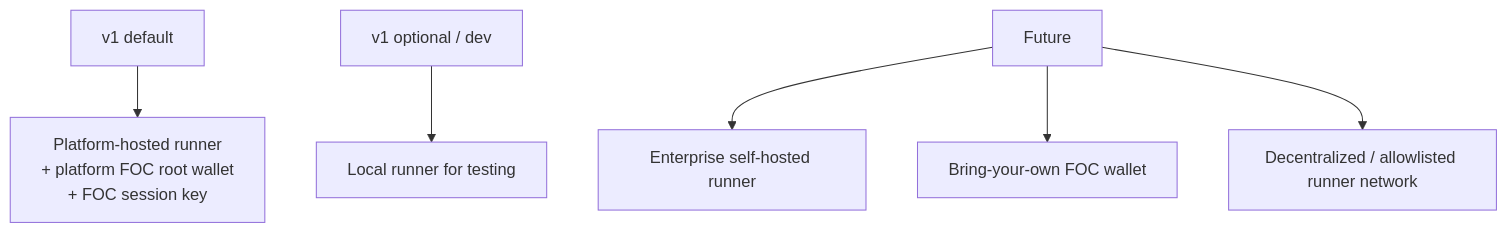
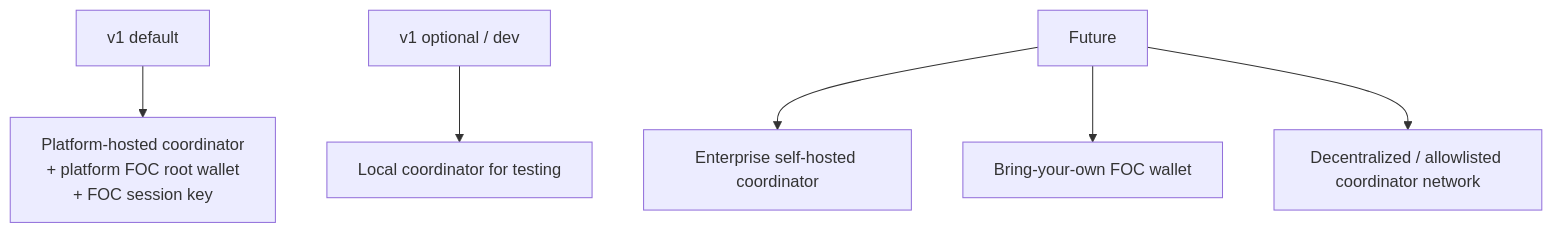
Diagram 14 of 20 in spec.md (FIL-Builders/foc-platform), drawn with Mermaid before and after one commit. The commit also changed other lines of this file, not shown here.

Commit message:
Replace runner terminology with coordinator

````diff
--- a/spec.md
+++ b/spec.md
@@ -1101,8 +1101,8 @@
 ```mermaid
 flowchart TD
-  default["v1 default"] --> defaultStack["Platform-hosted runner<br/>+ platform FOC root wallet<br/>+ FOC session key"]
-  dev["v1 optional / dev"] --> local["Local runner for testing"]
-  future["Future"] --> enterprise["Enterprise self-hosted runner"]
+  default["v1 default"] --> defaultStack["Platform-hosted coordinator<br/>+ platform FOC root wallet<br/>+ FOC session key"]
+  dev["v1 optional / dev"] --> local["Local coordinator for testing"]
+  future["Future"] --> enterprise["Enterprise self-hosted coordinator"]
   future --> byow["Bring-your-own FOC wallet"]
-  future --> network["Decentralized / allowlisted runner network"]
+  future --> network["Decentralized / allowlisted coordinator network"]
 ```
````
